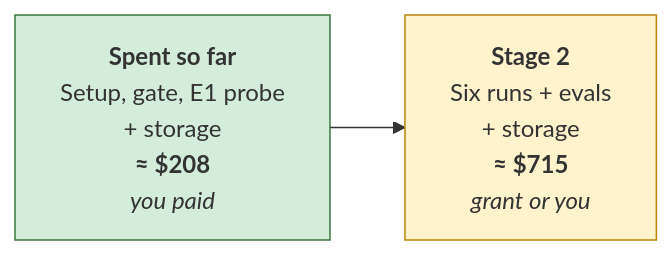
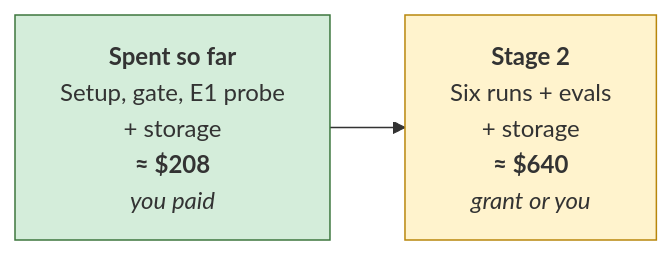
The second of 2 diagrams in experimental-direction/03-timeline-and-budget.md (ShubsDS/reward-hacks), drawn with Mermaid before and after one commit. The commit also changed other lines of this file, not shown here.

Commit message:
Rework the budget for 32-step runs at the measured cost

````diff
--- a/experimental-direction/03-timeline-and-budget.md
+++ b/experimental-direction/03-timeline-and-budget.md
@@ -134,6 +134,6 @@
 ```mermaid
 flowchart LR
-    A["<b>Spent so far</b><br/>Setup, gate, E1 probe<br/>+ storage<br/><b>≈ $208</b><br/><i>you paid</i>"] --> B["<b>Stage 2</b><br/>Six runs + evals<br/>+ storage<br/><b>≈ $715</b><br/><i>grant or you</i>"]
+    A["<b>Spent so far</b><br/>Setup, gate, E1 probe<br/>+ storage<br/><b>≈ $208</b><br/><i>you paid</i>"] --> B["<b>Stage 2</b><br/>Six runs + evals<br/>+ storage<br/><b>≈ $640</b><br/><i>grant or you</i>"]
     style A fill:#d4edda,stroke:#3c763d
     style B fill:#fff3cd,stroke:#b8860b
 ```
````
